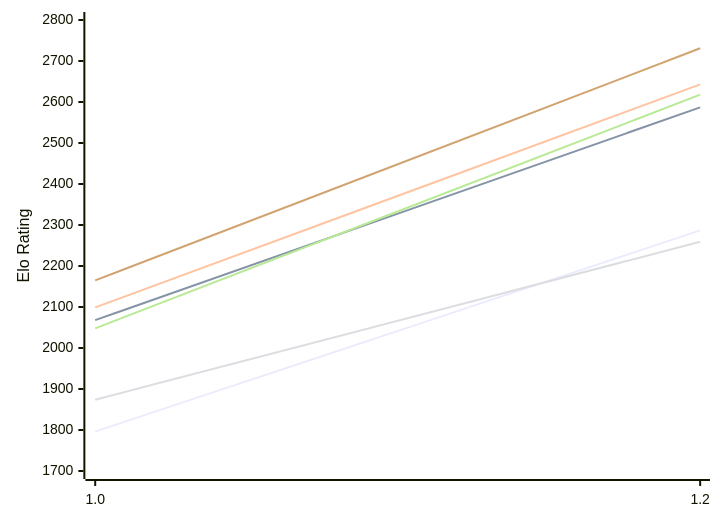
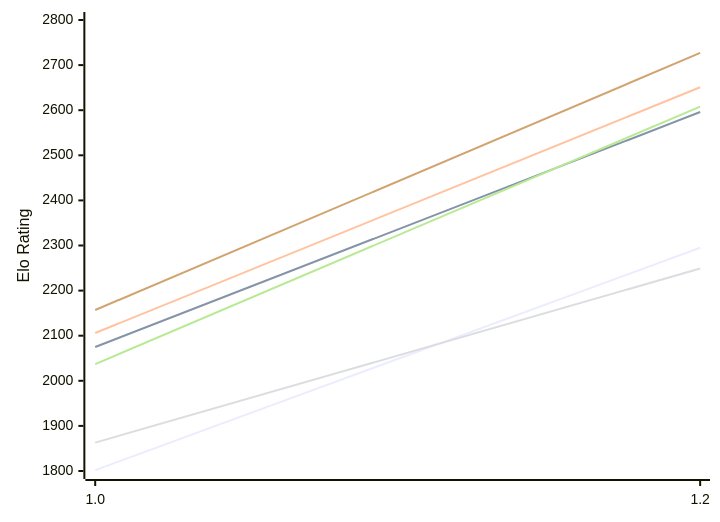
Before and after one commit to computer-chess-index/cci: the first of 2 diagrams in engines/Echekinator.md, drawn with Mermaid. The commit also changed other lines of this file, not shown here.

Commit message:
Update CCI Ratings (ELO VLTC) - 2026-11-06

````diff
--- a/engines/Echekinator.md
+++ b/engines/Echekinator.md
@@ -50,12 +50,12 @@
 ```mermaid
 %%{init: {"theme":"base","themeVariables":{"seriesColors:['#a3a3a3','#222221','#faa371']}}}%%
 xychart-beta
   x-axis ["1.0", "1.2"]
-  y-axis "Elo Rating" 1700 --> 2800
-  line "E1: STC (8.0+0.08s)" [1796, 2287]
-  line "E1: LTC (60.0+0.60s)" [2068, 2587]
-  line "E1: VLTC (2m24s+1.12s)" [2099, 2643]
-  line "P1: STC (8.0+0.08s)" [1874, 2259]
-  line "P1: LTC (60.0+0.60s)" [2048, 2618]
-  line "P1: VLTC (2m24s+1.12s)" [2165, 2731]
+  y-axis "Elo Rating" 1800 --> 2800
+  line "E1: STC (8.0+0.08s)" [1802, 2295]
+  line "E1: LTC (60.0+0.60s)" [2075, 2596]
+  line "E1: VLTC (2m24s+1.12s)" [2106, 2651]
+  line "P1: STC (8.0+0.08s)" [1863, 2249]
+  line "P1: LTC (60.0+0.60s)" [2037, 2608]
+  line "P1: VLTC (2m24s+1.12s)" [2157, 2727]
 ```
````
